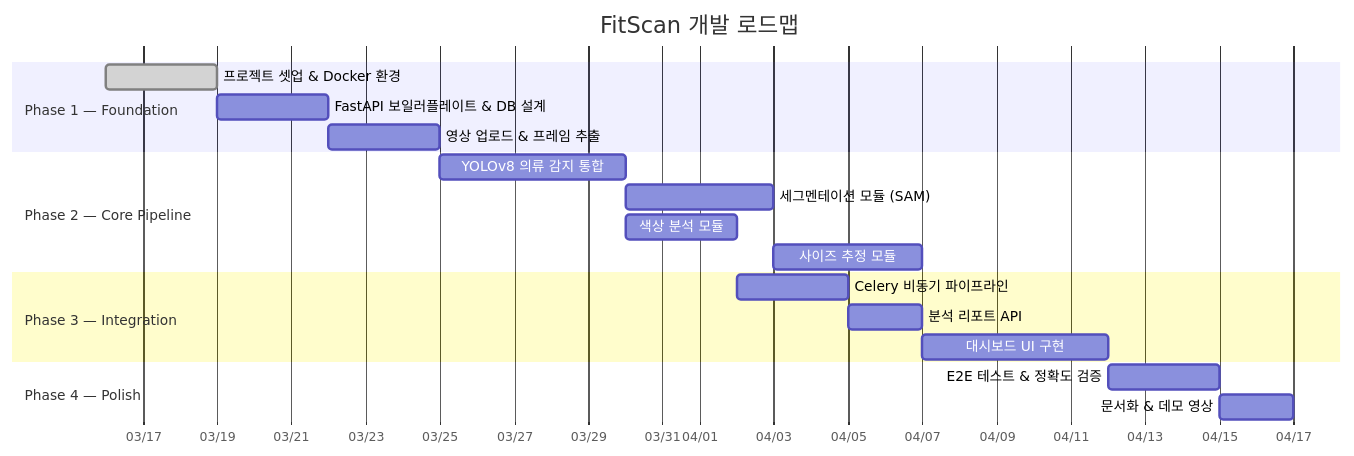
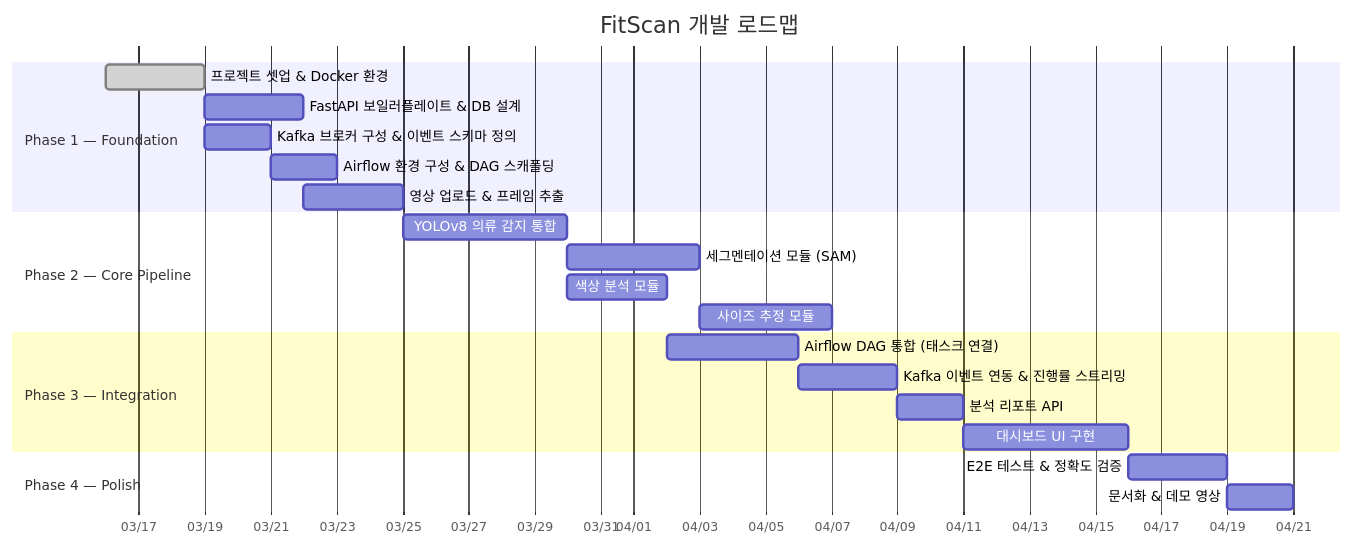
The eighth of 8 diagrams in README.md (OngGuny/fit_scan), drawn with Mermaid before and after one commit. The commit also changed other lines of this file, not shown here.

First line of the commit message:
Revise README for architecture and project details

````diff
--- a/README.md
+++ b/README.md
@@ -414,26 +589,29 @@
 ```mermaid
 gantt
     title FitScan 개발 로드맵
     dateFormat YYYY-MM-DD
     axisFormat %m/%d
 
     section Phase 1 — Foundation
-    프로젝트 셋업 & Docker 환경        :done, p1_1, 2026-03-16, 3d
-    FastAPI 보일러플레이트 & DB 설계    :p1_2, after p1_1, 3d
-    영상 업로드 & 프레임 추출           :p1_3, after p1_2, 3d
+    프로젝트 셋업 & Docker 환경             :done, p1_1, 2026-03-16, 3d
+    FastAPI 보일러플레이트 & DB 설계         :p1_2, after p1_1, 3d
+    Kafka 브로커 구성 & 이벤트 스키마 정의   :p1_3, after p1_1, 2d
+    Airflow 환경 구성 & DAG 스캐폴딩        :p1_4, after p1_3, 2d
+    영상 업로드 & 프레임 추출               :p1_5, after p1_2, 3d
 
     section Phase 2 — Core Pipeline
-    YOLOv8 의류 감지 통합              :p2_1, after p1_3, 5d
-    세그멘테이션 모듈 (SAM)            :p2_2, after p2_1, 4d
-    색상 분석 모듈                     :p2_3, after p2_1, 3d
-    사이즈 추정 모듈                   :p2_4, after p2_2, 4d
+    YOLOv8 의류 감지 통합                   :p2_1, after p1_5, 5d
+    세그멘테이션 모듈 (SAM)                 :p2_2, after p2_1, 4d
+    색상 분석 모듈                          :p2_3, after p2_1, 3d
+    사이즈 추정 모듈                        :p2_4, after p2_2, 4d
 
     section Phase 3 — Integration
-    Celery 비동기 파이프라인            :p3_1, after p2_3, 3d
-    분석 리포트 API                    :p3_2, after p3_1, 2d
-    대시보드 UI 구현                   :p3_3, after p3_2, 5d
+    Airflow DAG 통합 (태스크 연결)           :p3_1, after p2_3, 4d
+    Kafka 이벤트 연동 & 진행률 스트리밍      :p3_2, after p3_1, 3d
+    분석 리포트 API                         :p3_3, after p3_2, 2d
+    대시보드 UI 구현                        :p3_4, after p3_3, 5d
 
     section Phase 4 — Polish
-    E2E 테스트 & 정확도 검증           :p4_1, after p3_3, 3d
-    문서화 & 데모 영상                 :p4_2, after p4_1, 2d
+    E2E 테스트 & 정확도 검증                :p4_1, after p3_4, 3d
+    문서화 & 데모 영상                      :p4_2, after p4_1, 2d
 ```
````
